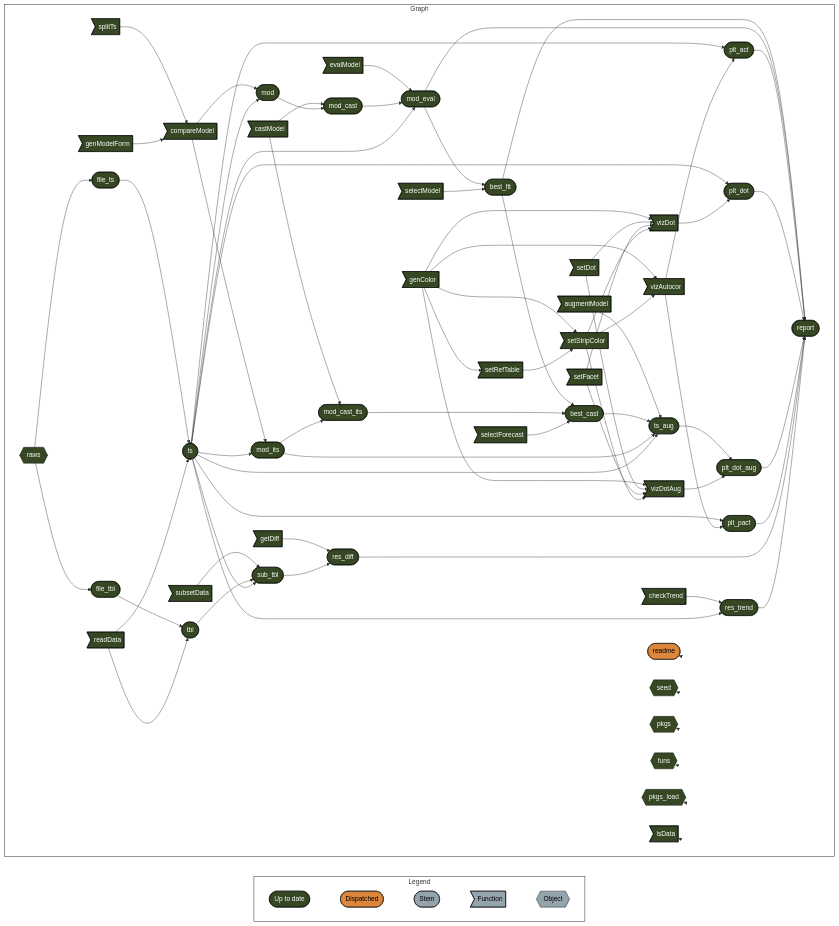
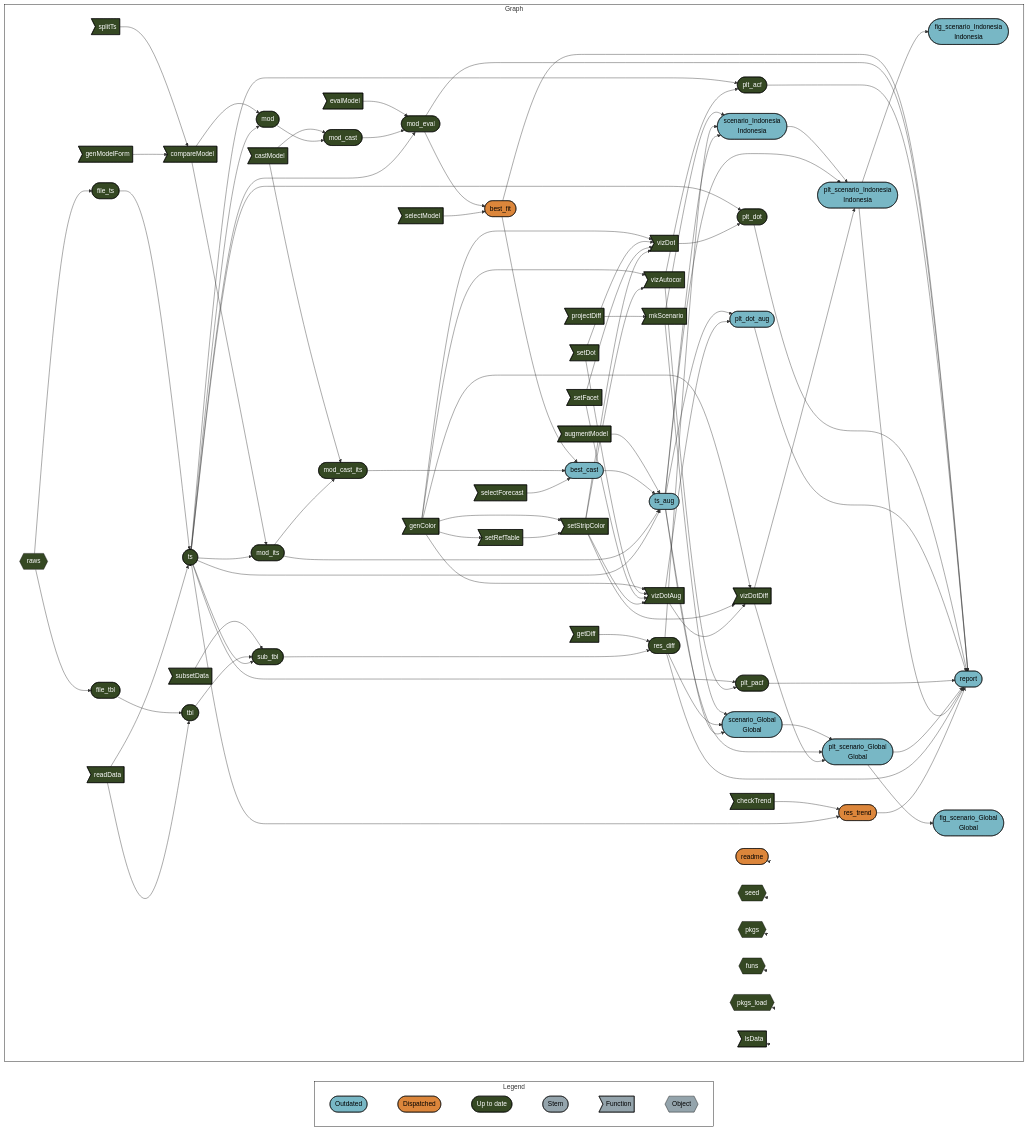
Before and after one commit to namakala/method-discrepancy-riskesdas: the diagram in README.md, drawn with Mermaid. The commit also changed other lines of this file, not shown here.

Commit message:
Update the mermaid diagram

````diff
--- a/README.md
+++ b/README.md
@@ -81,8 +73,9 @@
   style Graph fill:#FFFFFF00,stroke:#000000;
   subgraph Legend
     direction LR
-    xf1522833a4d242c5([""Up to date""]):::uptodate --- xb6630624a7b3aa0f([""Dispatched""]):::dispatched
-    xb6630624a7b3aa0f([""Dispatched""]):::dispatched --- xd03d7c7dd2ddda2b([""Stem""]):::none
+    x2db1ec7a48f65a9b([""Outdated""]):::outdated --- xb6630624a7b3aa0f([""Dispatched""]):::dispatched
+    xb6630624a7b3aa0f([""Dispatched""]):::dispatched --- xf1522833a4d242c5([""Up to date""]):::uptodate
+    xf1522833a4d242c5([""Up to date""]):::uptodate --- xd03d7c7dd2ddda2b([""Stem""]):::none
     xd03d7c7dd2ddda2b([""Stem""]):::none --- xeb2d7cac8a1ce544>""Function""]:::none
     xeb2d7cac8a1ce544>""Function""]:::none --- xbecb13963f49e50b{{""Object""}}:::none
   end
@@ -90,68 +83,88 @@
     direction LR
     x9252423d64d713bd>"genColor"]:::uptodate --> xe286972e47efcd5a>"setStripColor"]:::uptodate
     x9252423d64d713bd>"genColor"]:::uptodate --> xb8b267aae822a938>"vizDot"]:::uptodate
+    x9252423d64d713bd>"genColor"]:::uptodate --> x517170a0862823a9>"vizDotAug"]:::uptodate
+    x9252423d64d713bd>"genColor"]:::uptodate --> x2a04bef96d6f3589>"vizDotDiff"]:::uptodate
     x9252423d64d713bd>"genColor"]:::uptodate --> xd24d44e5b9dcbfab>"setRefTable"]:::uptodate
     x9252423d64d713bd>"genColor"]:::uptodate --> xa4ed09271e4b7e0c>"vizAutocor"]:::uptodate
-    x9252423d64d713bd>"genColor"]:::uptodate --> x517170a0862823a9>"vizDotAug"]:::uptodate
     xbd46e7a6b2bc9551>"setDot"]:::uptodate --> xb8b267aae822a938>"vizDot"]:::uptodate
     xbd46e7a6b2bc9551>"setDot"]:::uptodate --> x517170a0862823a9>"vizDotAug"]:::uptodate
     xb5013b1c32262a9b>"setFacet"]:::uptodate --> xb8b267aae822a938>"vizDot"]:::uptodate
     xb5013b1c32262a9b>"setFacet"]:::uptodate --> x517170a0862823a9>"vizDotAug"]:::uptodate
     xe286972e47efcd5a>"setStripColor"]:::uptodate --> xb8b267aae822a938>"vizDot"]:::uptodate
+    xe286972e47efcd5a>"setStripColor"]:::uptodate --> x517170a0862823a9>"vizDotAug"]:::uptodate
+    xe286972e47efcd5a>"setStripColor"]:::uptodate --> x2a04bef96d6f3589>"vizDotDiff"]:::uptodate
     xe286972e47efcd5a>"setStripColor"]:::uptodate --> xa4ed09271e4b7e0c>"vizAutocor"]:::uptodate
-    xe286972e47efcd5a>"setStripColor"]:::uptodate --> x517170a0862823a9>"vizDotAug"]:::uptodate
+    x517170a0862823a9>"vizDotAug"]:::uptodate --> x2a04bef96d6f3589>"vizDotDiff"]:::uptodate
     xd24d44e5b9dcbfab>"setRefTable"]:::uptodate --> xe286972e47efcd5a>"setStripColor"]:::uptodate
     x5cd0059b4a190559>"splitTs"]:::uptodate --> xacaa2b0b099a3bef>"compareModel"]:::uptodate
+    x6360f48c003dd319>"projectDiff"]:::uptodate --> x92dbc31cbd959c37>"mkScenario"]:::uptodate
     x2cba9b87114d8cdd>"genModelForm"]:::uptodate --> xacaa2b0b099a3bef>"compareModel"]:::uptodate
+    xacaa2b0b099a3bef>"compareModel"]:::uptodate --> x310fe0d702765c29(["mod_its"]):::uptodate
+    x69167921da2c5a4c(["ts"]):::uptodate --> x310fe0d702765c29(["mod_its"]):::uptodate
+    x35b4e9316d9a0feb(["best_fit"]):::dispatched --> x03f2053ede238c51(["best_cast"]):::outdated
+    xd5d9f89b36ce2fd3(["mod_cast_its"]):::uptodate --> x03f2053ede238c51(["best_cast"]):::outdated
+    x16fdcdd8569d4e24>"selectForecast"]:::uptodate --> x03f2053ede238c51(["best_cast"]):::outdated
+    x92dbc31cbd959c37>"mkScenario"]:::uptodate --> x7bd68e27376d8407(["scenario_Global<br>Global"]):::outdated
+    x97481d93fc034ba1(["res_diff"]):::uptodate --> x7bd68e27376d8407(["scenario_Global<br>Global"]):::outdated
+    xc488683e3df4e665(["ts_aug"]):::outdated --> x7bd68e27376d8407(["scenario_Global<br>Global"]):::outdated
     xa644072f7a1b7229>"castModel"]:::uptodate --> xee4f8d86dc7f5415(["mod_cast"]):::uptodate
     xe177f97af32c2a84(["mod"]):::uptodate --> xee4f8d86dc7f5415(["mod_cast"]):::uptodate
-    x41ba333bb4a8eac2>"getDiff"]:::uptodate --> x97481d93fc034ba1(["res_diff"]):::uptodate
-    xace8ed3b55f17498(["sub_tbl"]):::uptodate --> x97481d93fc034ba1(["res_diff"]):::uptodate
-    x35b4e9316d9a0feb(["best_fit"]):::uptodate --> x03f2053ede238c51(["best_cast"]):::uptodate
-    xd5d9f89b36ce2fd3(["mod_cast_its"]):::uptodate --> x03f2053ede238c51(["best_cast"]):::uptodate
-    x16fdcdd8569d4e24>"selectForecast"]:::uptodate --> x03f2053ede238c51(["best_cast"]):::uptodate
-    x35b4e9316d9a0feb(["best_fit"]):::uptodate --> xb72891f20a5b8df1(["report"]):::uptodate
-    x0e4824291d40911d(["mod_eval"]):::uptodate --> xb72891f20a5b8df1(["report"]):::uptodate
-    xc590316f7a9c8a5d(["plt_acf"]):::uptodate --> xb72891f20a5b8df1(["report"]):::uptodate
-    x15da876e665e6188(["plt_dot"]):::uptodate --> xb72891f20a5b8df1(["report"]):::uptodate
-    xa96ae55b1b18d8fc(["plt_dot_aug"]):::uptodate --> xb72891f20a5b8df1(["report"]):::uptodate
-    x674283d12376b53b(["plt_pacf"]):::uptodate --> xb72891f20a5b8df1(["report"]):::uptodate
-    x97481d93fc034ba1(["res_diff"]):::uptodate --> xb72891f20a5b8df1(["report"]):::uptodate
-    xbdb43b025d9b1b25(["res_trend"]):::uptodate --> xb72891f20a5b8df1(["report"]):::uptodate
-    xc488683e3df4e665(["ts_aug"]):::uptodate --> xa96ae55b1b18d8fc(["plt_dot_aug"]):::uptodate
-    x517170a0862823a9>"vizDotAug"]:::uptodate --> xa96ae55b1b18d8fc(["plt_dot_aug"]):::uptodate
-    x1a0b2ed0fd224eb0>"augmentModel"]:::uptodate --> xc488683e3df4e665(["ts_aug"]):::uptodate
-    x03f2053ede238c51(["best_cast"]):::uptodate --> xc488683e3df4e665(["ts_aug"]):::uptodate
-    x310fe0d702765c29(["mod_its"]):::uptodate --> xc488683e3df4e665(["ts_aug"]):::uptodate
-    x69167921da2c5a4c(["ts"]):::uptodate --> xc488683e3df4e665(["ts_aug"]):::uptodate
-    xacaa2b0b099a3bef>"compareModel"]:::uptodate --> x310fe0d702765c29(["mod_its"]):::uptodate
-    x69167921da2c5a4c(["ts"]):::uptodate --> x310fe0d702765c29(["mod_its"]):::uptodate
-    x69167921da2c5a4c(["ts"]):::uptodate --> x674283d12376b53b(["plt_pacf"]):::uptodate
-    xa4ed09271e4b7e0c>"vizAutocor"]:::uptodate --> x674283d12376b53b(["plt_pacf"]):::uptodate
-    x1f6d76ea8940cecf{{"raws"}}:::uptodate --> xb82194ad1d3356df(["file_ts"]):::uptodate
-    x1f6d76ea8940cecf{{"raws"}}:::uptodate --> x6fba182254a20175(["file_tbl"]):::uptodate
-    x0e4824291d40911d(["mod_eval"]):::uptodate --> x35b4e9316d9a0feb(["best_fit"]):::uptodate
-    x1c4ab9118e3ea071>"selectModel"]:::uptodate --> x35b4e9316d9a0feb(["best_fit"]):::uptodate
     x7b6a434a2a79ead8>"evalModel"]:::uptodate --> x0e4824291d40911d(["mod_eval"]):::uptodate
     xee4f8d86dc7f5415(["mod_cast"]):::uptodate --> x0e4824291d40911d(["mod_eval"]):::uptodate
     x69167921da2c5a4c(["ts"]):::uptodate --> x0e4824291d40911d(["mod_eval"]):::uptodate
+    xd1a2bfa4d111d922(["scenario_Indonesia<br>Indonesia"]):::outdated --> x03559e684440f76b(["plt_scenario_Indonesia<br>Indonesia"]):::outdated
+    xc488683e3df4e665(["ts_aug"]):::outdated --> x03559e684440f76b(["plt_scenario_Indonesia<br>Indonesia"]):::outdated
+    x2a04bef96d6f3589>"vizDotDiff"]:::uptodate --> x03559e684440f76b(["plt_scenario_Indonesia<br>Indonesia"]):::outdated
+    x03559e684440f76b(["plt_scenario_Indonesia<br>Indonesia"]):::outdated --> x0407d90eeb4b8bbf(["fig_scenario_Indonesia<br>Indonesia"]):::outdated
+    x7bd68e27376d8407(["scenario_Global<br>Global"]):::outdated --> xd714b9d178785540(["plt_scenario_Global<br>Global"]):::outdated
+    xc488683e3df4e665(["ts_aug"]):::outdated --> xd714b9d178785540(["plt_scenario_Global<br>Global"]):::outdated
+    x2a04bef96d6f3589>"vizDotDiff"]:::uptodate --> xd714b9d178785540(["plt_scenario_Global<br>Global"]):::outdated
+    x1f6d76ea8940cecf{{"raws"}}:::uptodate --> x6fba182254a20175(["file_tbl"]):::uptodate
+    x41ba333bb4a8eac2>"getDiff"]:::uptodate --> x97481d93fc034ba1(["res_diff"]):::uptodate
+    xace8ed3b55f17498(["sub_tbl"]):::uptodate --> x97481d93fc034ba1(["res_diff"]):::uptodate
+    xb82194ad1d3356df(["file_ts"]):::uptodate --> x69167921da2c5a4c(["ts"]):::uptodate
+    x18b26034ab3a95e2>"readData"]:::uptodate --> x69167921da2c5a4c(["ts"]):::uptodate
+    x6fba182254a20175(["file_tbl"]):::uptodate --> xb24e8ba9befc2f2c(["tbl"]):::uptodate
+    x18b26034ab3a95e2>"readData"]:::uptodate --> xb24e8ba9befc2f2c(["tbl"]):::uptodate
+    x0e4824291d40911d(["mod_eval"]):::uptodate --> x35b4e9316d9a0feb(["best_fit"]):::dispatched
+    x1c4ab9118e3ea071>"selectModel"]:::uptodate --> x35b4e9316d9a0feb(["best_fit"]):::dispatched
+    x35b4e9316d9a0feb(["best_fit"]):::dispatched --> xb72891f20a5b8df1(["report"]):::outdated
+    x0e4824291d40911d(["mod_eval"]):::uptodate --> xb72891f20a5b8df1(["report"]):::outdated
+    xc590316f7a9c8a5d(["plt_acf"]):::uptodate --> xb72891f20a5b8df1(["report"]):::outdated
+    x15da876e665e6188(["plt_dot"]):::uptodate --> xb72891f20a5b8df1(["report"]):::outdated
+    xa96ae55b1b18d8fc(["plt_dot_aug"]):::outdated --> xb72891f20a5b8df1(["report"]):::outdated
+    x674283d12376b53b(["plt_pacf"]):::uptodate --> xb72891f20a5b8df1(["report"]):::outdated
+    xd714b9d178785540(["plt_scenario_Global<br>Global"]):::outdated --> xb72891f20a5b8df1(["report"]):::outdated
+    x03559e684440f76b(["plt_scenario_Indonesia<br>Indonesia"]):::outdated --> xb72891f20a5b8df1(["report"]):::outdated
+    x97481d93fc034ba1(["res_diff"]):::uptodate --> xb72891f20a5b8df1(["report"]):::outdated
+    xbdb43b025d9b1b25(["res_trend"]):::dispatched --> xb72891f20a5b8df1(["report"]):::outdated
+    x1f6d76ea8940cecf{{"raws"}}:::uptodate --> xb82194ad1d3356df(["file_ts"]):::uptodate
+    xd714b9d178785540(["plt_scenario_Global<br>Global"]):::outdated --> xf7834b6db66d1f53(["fig_scenario_Global<br>Global"]):::outdated
+    xe777d5278e8501a6>"checkTrend"]:::uptodate --> xbdb43b025d9b1b25(["res_trend"]):::dispatched
+    x69167921da2c5a4c(["ts"]):::uptodate --> xbdb43b025d9b1b25(["res_trend"]):::dispatched
     x69167921da2c5a4c(["ts"]):::uptodate --> xc590316f7a9c8a5d(["plt_acf"]):::uptodate
     xa4ed09271e4b7e0c>"vizAutocor"]:::uptodate --> xc590316f7a9c8a5d(["plt_acf"]):::uptodate
-    x6fba182254a20175(["file_tbl"]):::uptodate --> xb24e8ba9befc2f2c(["tbl"]):::uptodate
-    x18b26034ab3a95e2>"readData"]:::uptodate --> xb24e8ba9befc2f2c(["tbl"]):::uptodate
-    x69167921da2c5a4c(["ts"]):::uptodate --> x15da876e665e6188(["plt_dot"]):::uptodate
-    xb8b267aae822a938>"vizDot"]:::uptodate --> x15da876e665e6188(["plt_dot"]):::uptodate
+    x1a0b2ed0fd224eb0>"augmentModel"]:::uptodate --> xc488683e3df4e665(["ts_aug"]):::outdated
+    x03f2053ede238c51(["best_cast"]):::outdated --> xc488683e3df4e665(["ts_aug"]):::outdated
+    x310fe0d702765c29(["mod_its"]):::uptodate --> xc488683e3df4e665(["ts_aug"]):::outdated
+    x69167921da2c5a4c(["ts"]):::uptodate --> xc488683e3df4e665(["ts_aug"]):::outdated
+    x69167921da2c5a4c(["ts"]):::uptodate --> x674283d12376b53b(["plt_pacf"]):::uptodate
+    xa4ed09271e4b7e0c>"vizAutocor"]:::uptodate --> x674283d12376b53b(["plt_pacf"]):::uptodate
+    x92dbc31cbd959c37>"mkScenario"]:::uptodate --> xd1a2bfa4d111d922(["scenario_Indonesia<br>Indonesia"]):::outdated
+    x97481d93fc034ba1(["res_diff"]):::uptodate --> xd1a2bfa4d111d922(["scenario_Indonesia<br>Indonesia"]):::outdated
+    xc488683e3df4e665(["ts_aug"]):::outdated --> xd1a2bfa4d111d922(["scenario_Indonesia<br>Indonesia"]):::outdated
     xa644072f7a1b7229>"castModel"]:::uptodate --> xd5d9f89b36ce2fd3(["mod_cast_its"]):::uptodate
     x310fe0d702765c29(["mod_its"]):::uptodate --> xd5d9f89b36ce2fd3(["mod_cast_its"]):::uptodate
     xacaa2b0b099a3bef>"compareModel"]:::uptodate --> xe177f97af32c2a84(["mod"]):::uptodate
     x69167921da2c5a4c(["ts"]):::uptodate --> xe177f97af32c2a84(["mod"]):::uptodate
-    xe777d5278e8501a6>"checkTrend"]:::uptodate --> xbdb43b025d9b1b25(["res_trend"]):::uptodate
-    x69167921da2c5a4c(["ts"]):::uptodate --> xbdb43b025d9b1b25(["res_trend"]):::uptodate
+    x69167921da2c5a4c(["ts"]):::uptodate --> x15da876e665e6188(["plt_dot"]):::uptodate
+    xb8b267aae822a938>"vizDot"]:::uptodate --> x15da876e665e6188(["plt_dot"]):::uptodate
+    xc488683e3df4e665(["ts_aug"]):::outdated --> xa96ae55b1b18d8fc(["plt_dot_aug"]):::outdated
+    x517170a0862823a9>"vizDotAug"]:::uptodate --> xa96ae55b1b18d8fc(["plt_dot_aug"]):::outdated
     xd7e58f14e419de9c>"subsetData"]:::uptodate --> xace8ed3b55f17498(["sub_tbl"]):::uptodate
     xb24e8ba9befc2f2c(["tbl"]):::uptodate --> xace8ed3b55f17498(["sub_tbl"]):::uptodate
     x69167921da2c5a4c(["ts"]):::uptodate --> xace8ed3b55f17498(["sub_tbl"]):::uptodate
-    xb82194ad1d3356df(["file_ts"]):::uptodate --> x69167921da2c5a4c(["ts"]):::uptodate
-    x18b26034ab3a95e2>"readData"]:::uptodate --> x69167921da2c5a4c(["ts"]):::uptodate
     xc11069275cfeb620(["readme"]):::dispatched --> xc11069275cfeb620(["readme"]):::dispatched
     x4d3ec24f81457d7f{{"seed"}}:::uptodate --> x4d3ec24f81457d7f{{"seed"}}:::uptodate
     x2f12837377761a1b{{"pkgs"}}:::uptodate --> x2f12837377761a1b{{"pkgs"}}:::uptodate
@@ -159,17 +172,19 @@
     x026e3308cd8be8b9{{"pkgs_load"}}:::uptodate --> x026e3308cd8be8b9{{"pkgs_load"}}:::uptodate
     x3eac3c5af5491b67>"lsData"]:::uptodate --> x3eac3c5af5491b67>"lsData"]:::uptodate
   end
+  classDef outdated stroke:#000000,color:#000000,fill:#78B7C5;
+  classDef dispatched stroke:#000000,color:#000000,fill:#DC863B;
   classDef uptodate stroke:#000000,color:#ffffff,fill:#354823;
-  classDef dispatched stroke:#000000,color:#000000,fill:#DC863B;
   classDef none stroke:#000000,color:#000000,fill:#94a4ac;
   linkStyle 0 stroke-width:0px;
   linkStyle 1 stroke-width:0px;
   linkStyle 2 stroke-width:0px;
   linkStyle 3 stroke-width:0px;
-  linkStyle 68 stroke-width:0px;
-  linkStyle 69 stroke-width:0px;
-  linkStyle 70 stroke-width:0px;
-  linkStyle 71 stroke-width:0px;
-  linkStyle 72 stroke-width:0px;
-  linkStyle 73 stroke-width:0px;
+  linkStyle 4 stroke-width:0px;
+  linkStyle 89 stroke-width:0px;
+  linkStyle 90 stroke-width:0px;
+  linkStyle 91 stroke-width:0px;
+  linkStyle 92 stroke-width:0px;
+  linkStyle 93 stroke-width:0px;
+  linkStyle 94 stroke-width:0px;
 ```
````
